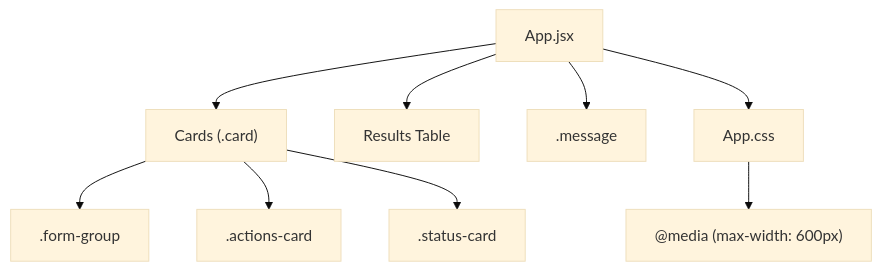
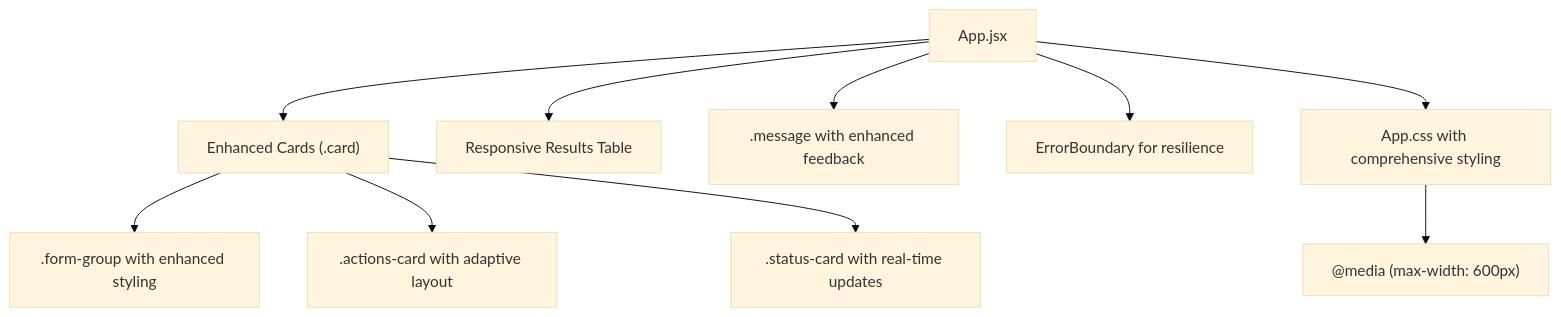
Before and after one commit to KaranMakani/deposit-fixer: the eighth of 9 diagrams in .qoder/repowiki/en/content/Technical Architecture/Application Components.md, drawn with Mermaid (base theme). The commit also changed other lines of this file and 10 other files, not shown here.

````diff
--- a/.qoder/repowiki/en/content/Technical Architecture/Application Components.md
+++ b/.qoder/repowiki/en/content/Technical Architecture/Application Components.md
@@ -320,11 +381,12 @@
 ```mermaid
 graph TB
-App["App.jsx"] --> Cards["Cards (.card)"]
-Cards --> Form[".form-group"]
-Cards --> Actions[".actions-card"]
-Cards --> Status[".status-card"]
-App --> Table["Results Table"]
-App --> Messages[".message"]
-App --> Styles["App.css"]
+App["App.jsx"] --> Cards["Enhanced Cards (.card)"]
+Cards --> Form[".form-group with enhanced styling"]
+Cards --> Actions[".actions-card with adaptive layout"]
+Cards --> Status[".status-card with real-time updates"]
+App --> Table["Responsive Results Table"]
+App --> Messages[".message with enhanced feedback"]
+App --> ErrorBoundary["ErrorBoundary for resilience"]
+App --> Styles["App.css with comprehensive styling"]
 Styles --> Responsive["@media (max-width: 600px)"]
 ```
````
